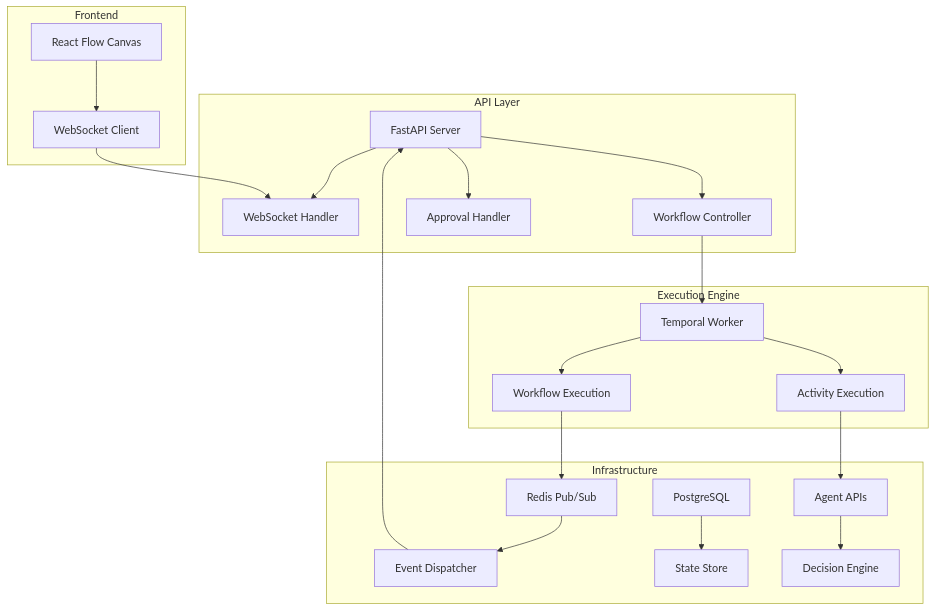
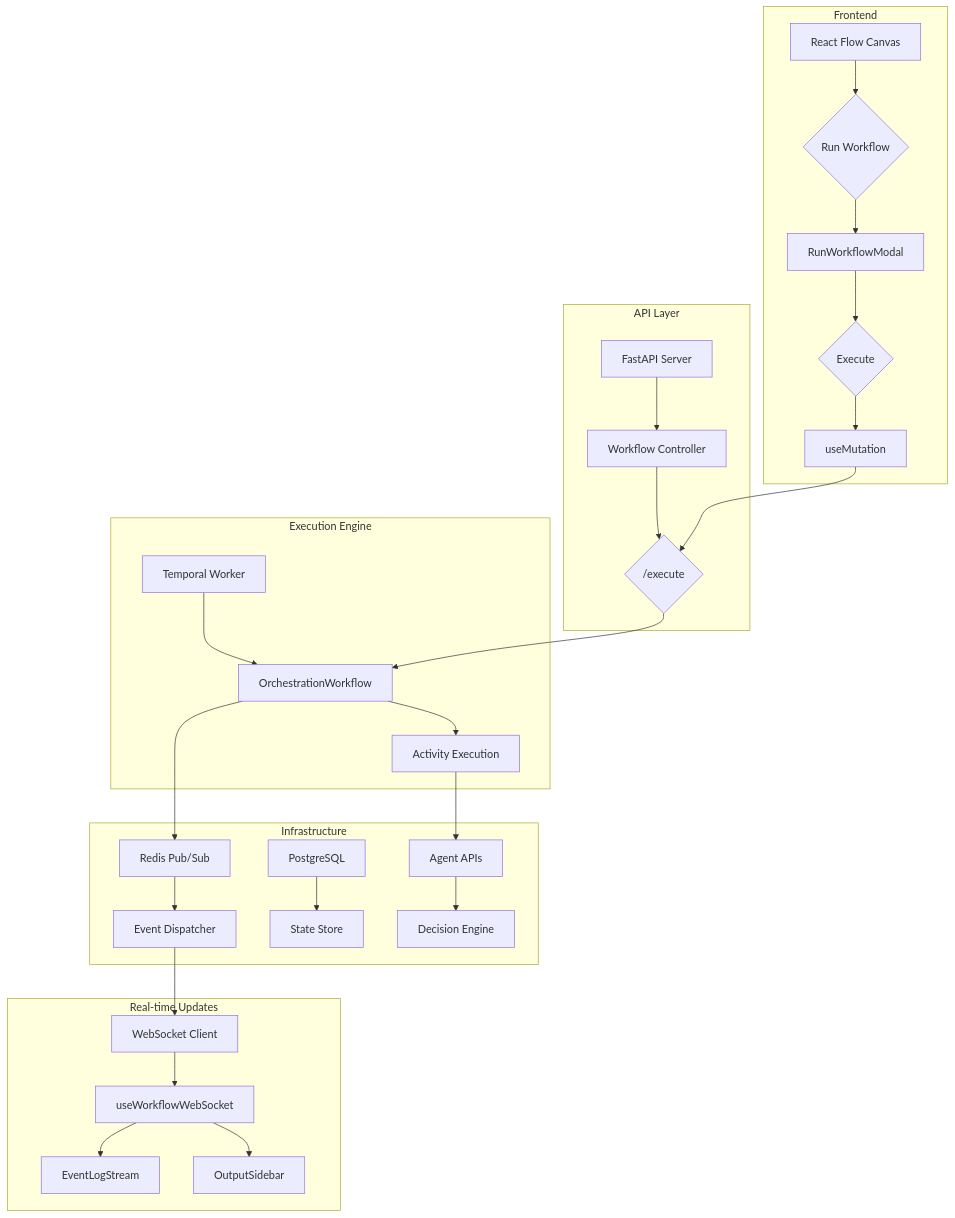
The diagram in README.md (sandip-pathe/lyzr-d), drawn with Mermaid before and after one commit. The commit also changed 8 other files, not shown here.

````diff
--- a/README.md
+++ b/README.md
@@ -49,29 +49,37 @@
 ```mermaid
-graph TB
+graph TD
     subgraph Frontend
-        A[React Flow Canvas] --> B[WebSocket Client]
+        A[React Flow Canvas] --> B{Run Workflow};
+        B --> C[RunWorkflowModal];
+        C --> D{Execute};
+        D --> E[useMutation];
     end
-    
-    subgraph API Layer
-        C[FastAPI Server] --> D[WebSocket Handler]
-        C --> E[Workflow Controller]
-        C --> F[Approval Handler]
+
+    subgraph "API Layer"
+        F[FastAPI Server] --> G[Workflow Controller];
+        G --> H{/execute};
     end
-    
-    subgraph Execution Engine
-        G[Temporal Worker] --> H[Workflow Execution]
-        G --> I[Activity Execution]
+
+    subgraph "Execution Engine"
+        I[Temporal Worker] --> J[OrchestrationWorkflow];
+        J --> K[Activity Execution];
     end
-    
+
     subgraph Infrastructure
-        J[Redis Pub/Sub] --> K[Event Dispatcher]
-        L[PostgreSQL] --> M[State Store]
-        N[Agent APIs] --> O[Decision Engine]
+        L[Redis Pub/Sub] --> M[Event Dispatcher];
+        N[PostgreSQL] --> O[State Store];
+        P[Agent APIs] --> Q[Decision Engine];
     end
-    
-    B --> D
-    E --> G
-    H --> J
-    I --> N
-    K --> C
+
+    subgraph "Real-time Updates"
+        R[WebSocket Client] --> S[useWorkflowWebSocket];
+        S --> T[EventLogStream];
+        S --> U[OutputSidebar];
+    end
+
+    E --> H;
+    H --> J;
+    J --> L;
+    K --> P;
+    M --> R;
 ```
````
